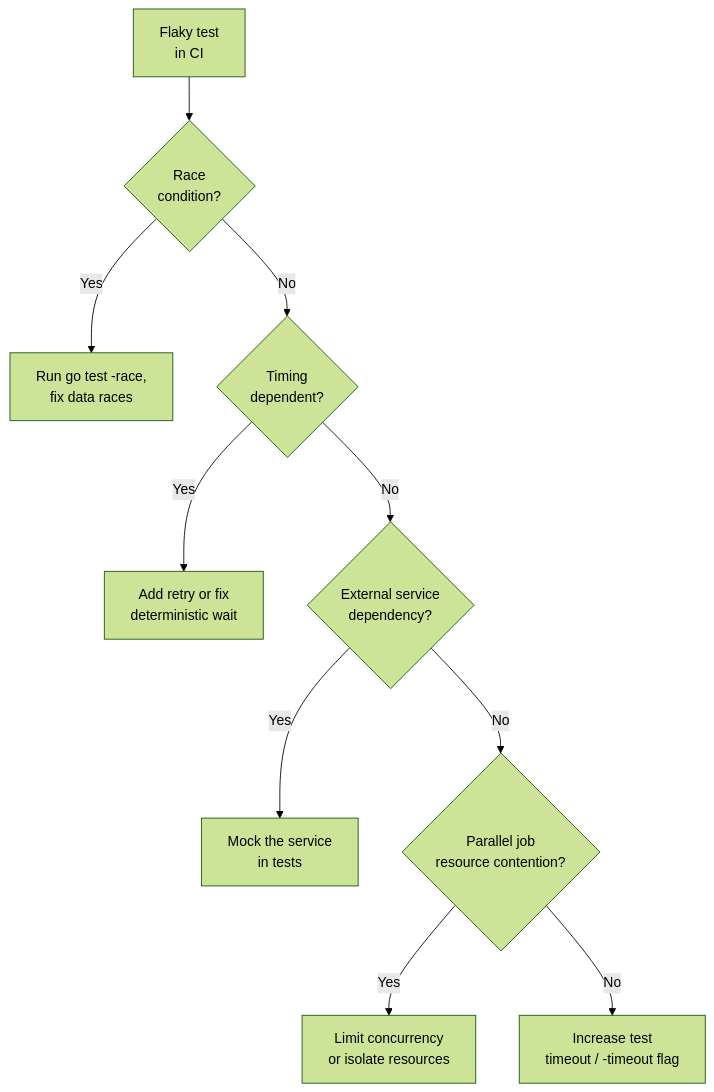
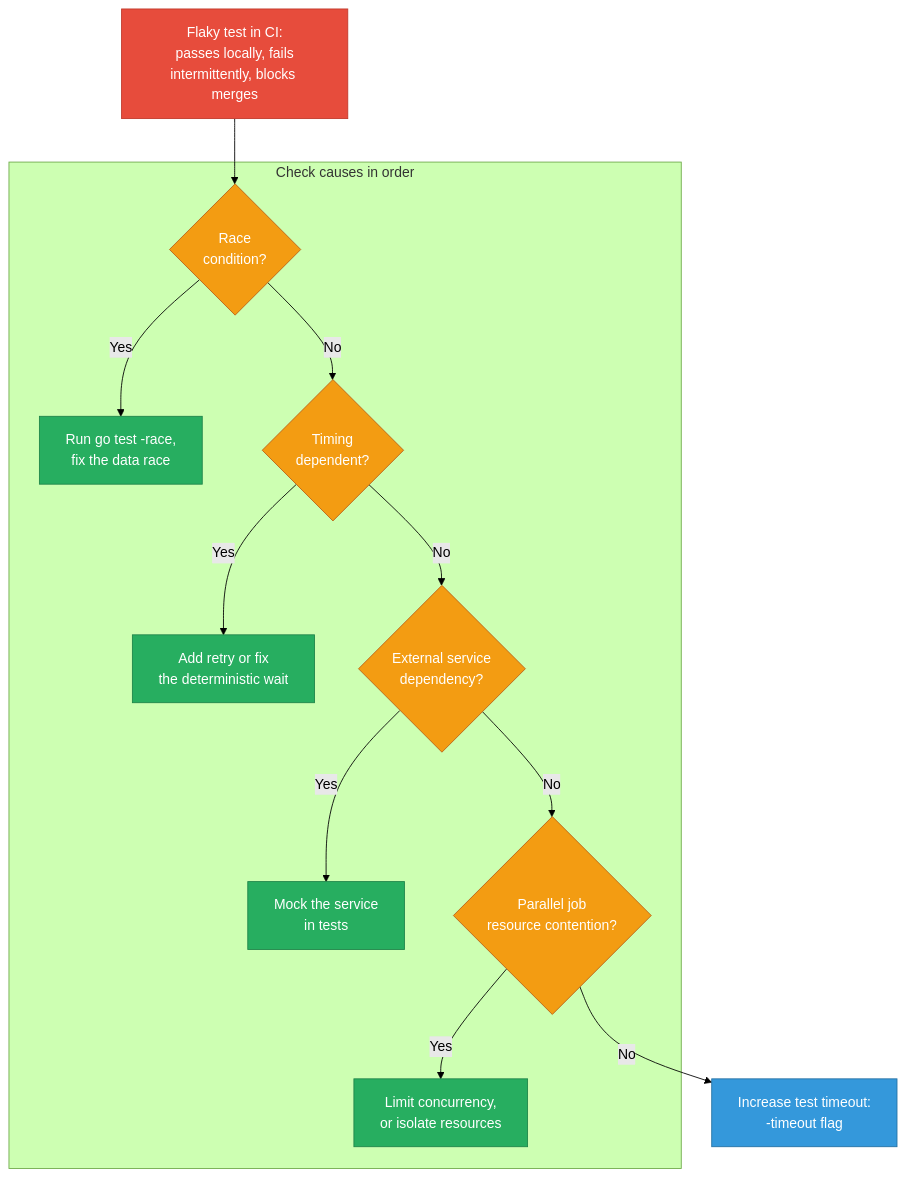
The eighth of 8 diagrams in sre/cicd-scenarios.md (deepanshu-rawat6/DevOpsIndex), drawn with Mermaid (forest theme) before and after one commit. The commit also changed other lines of this file and 10 other files, not shown here.

````diff
--- a/sre/cicd-scenarios.md
+++ b/sre/cicd-scenarios.md
@@ -341,12 +599,22 @@
 ```mermaid
 flowchart TD
-    A[Flaky test<br/>in CI] --> B{Race<br/>condition?}
-    B -- Yes --> B1[Run go test -race,<br/>fix data races]
-    B -- No --> C{Timing<br/>dependent?}
-    C -- Yes --> C1[Add retry or fix<br/>deterministic wait]
-    C -- No --> D{External service<br/>dependency?}
-    D -- Yes --> D1[Mock the service<br/>in tests]
-    D -- No --> E{Parallel job<br/>resource contention?}
-    E -- Yes --> E1[Limit concurrency<br/>or isolate resources]
-    E -- No --> F[Increase test<br/>timeout / -timeout flag]
+    classDef err fill:#e74c3c,stroke:#c0392b,color:#fff
+    classDef decision fill:#f39c12,stroke:#ba6018,color:#fff
+    classDef fix fill:#27ae60,stroke:#1e8449,color:#fff
+    classDef verify fill:#3498db,stroke:#2471a3,color:#fff
+
+    A["Flaky test in CI:<br/>passes locally, fails<br/>intermittently, blocks merges"]:::err --> B
+
+    subgraph CAUSES["Check causes in order"]
+        B{"Race<br/>condition?"}:::decision
+        B -- Yes --> B1["Run go test -race,<br/>fix the data race"]:::fix
+        B -- No --> C{"Timing<br/>dependent?"}:::decision
+        C -- Yes --> C1["Add retry or fix<br/>the deterministic wait"]:::fix
+        C -- No --> D{"External service<br/>dependency?"}:::decision
+        D -- Yes --> D1["Mock the service<br/>in tests"]:::fix
+        D -- No --> E{"Parallel job<br/>resource contention?"}:::decision
+        E -- Yes --> E1["Limit concurrency,<br/>or isolate resources"]:::fix
+    end
+
+    E -- No --> F["Increase test timeout:<br/>-timeout flag"]:::verify
 ```
````
